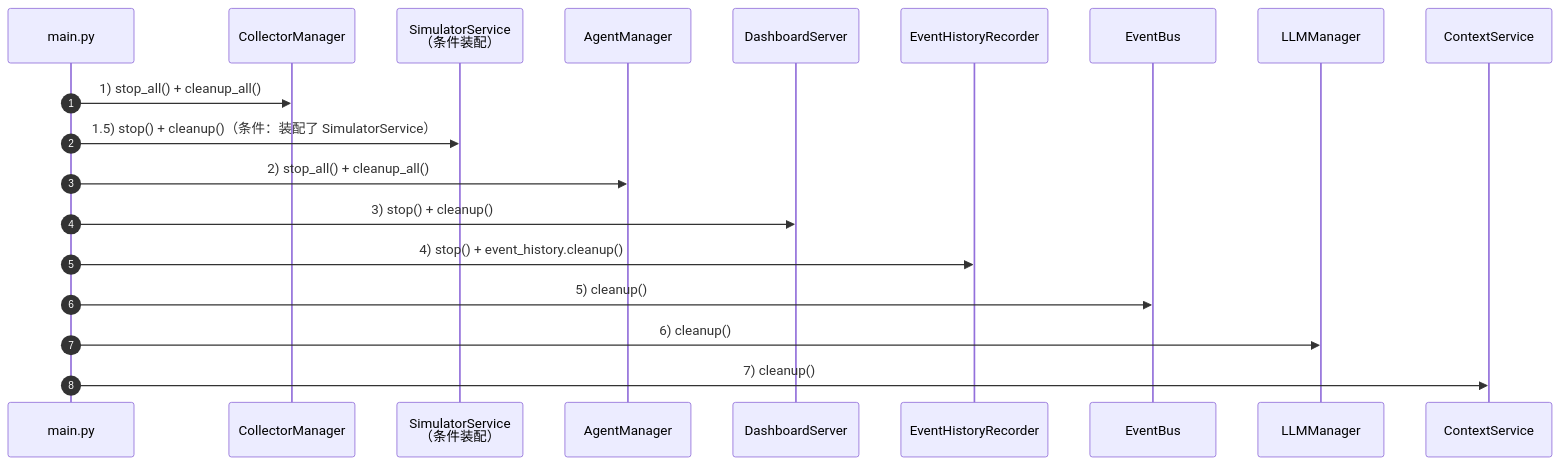
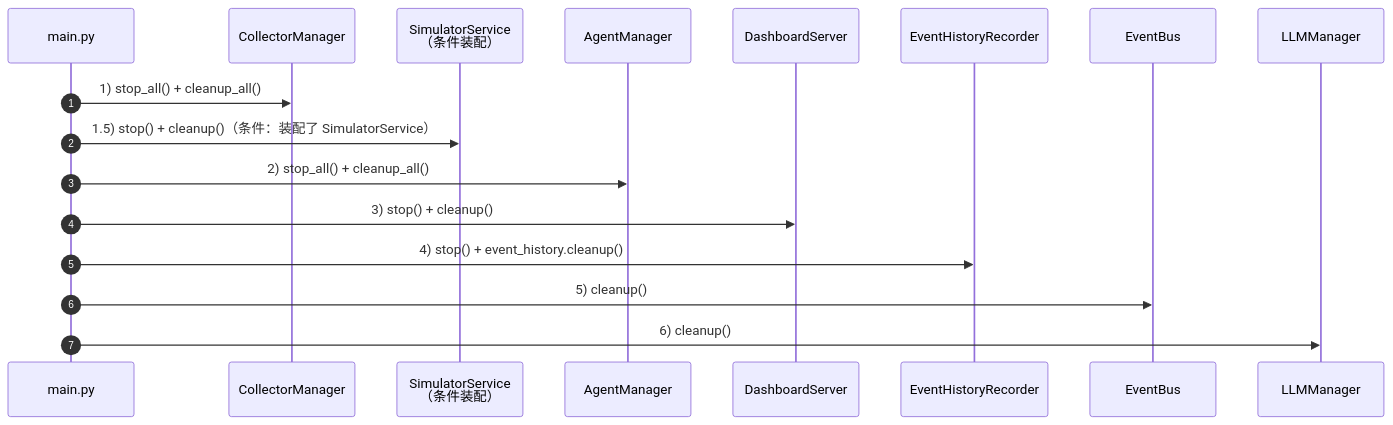
Before and after one commit to Mai-with-u/Amaidesu: the third of 3 diagrams in docs/architecture/overview.md, drawn with Mermaid. The commit also changed other lines of this file and 4 other files, not shown here.

````diff
--- a/docs/architecture/overview.md
+++ b/docs/architecture/overview.md
@@ -184,22 +181,20 @@
 ```mermaid
 sequenceDiagram
     autonumber
     participant Main as main.py
     participant Col as CollectorManager
     participant Sim as SimulatorService<br/>（条件装配）
     participant Agt as AgentManager
     participant Dash as DashboardServer
     participant Rec as EventHistoryRecorder
     participant Bus as EventBus
     participant LLM as LLMManager
-    participant Ctx as ContextService
 
     Main->>Col: 1) stop_all() + cleanup_all()
     Main->>Sim: 1.5) stop() + cleanup()（条件：装配了 SimulatorService）
     Main->>Agt: 2) stop_all() + cleanup_all()
     Main->>Dash: 3) stop() + cleanup()
     Main->>Rec: 4) stop() + event_history.cleanup()
     Main->>Bus: 5) cleanup()
     Main->>LLM: 6) cleanup()
-    Main->>Ctx: 7) cleanup()
 ```
````
